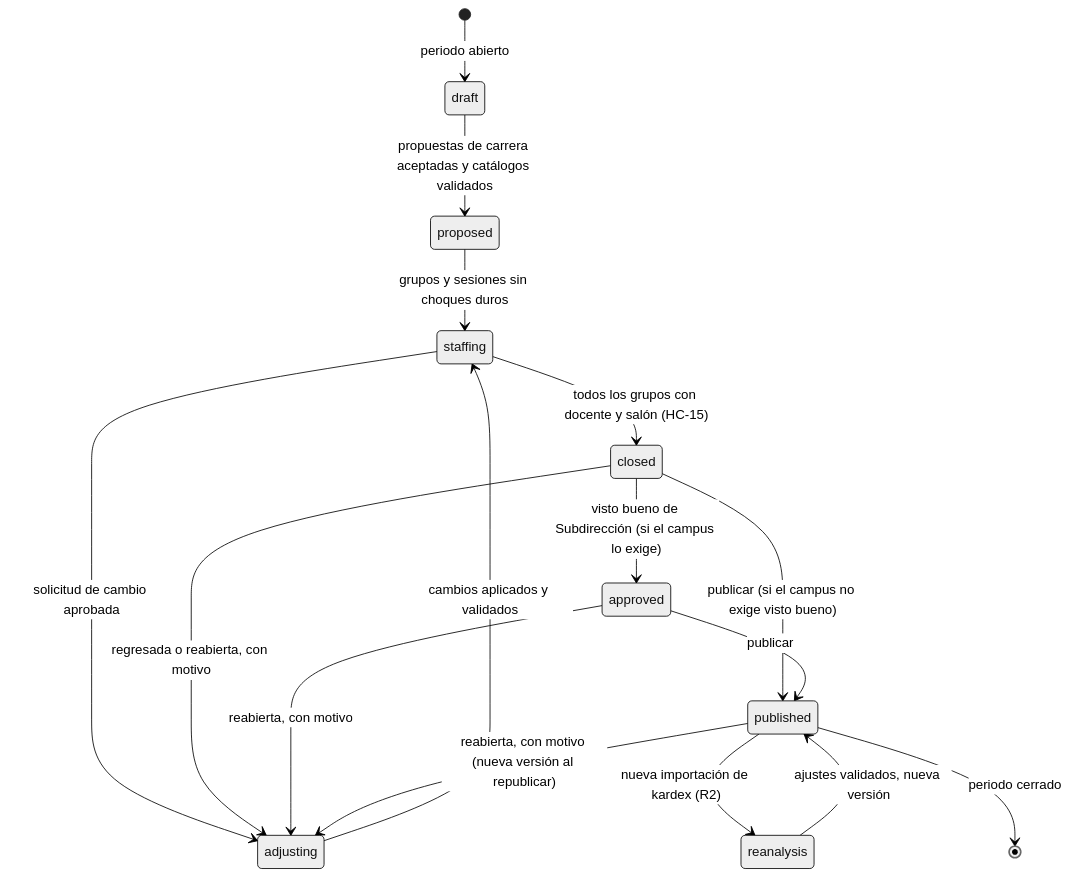
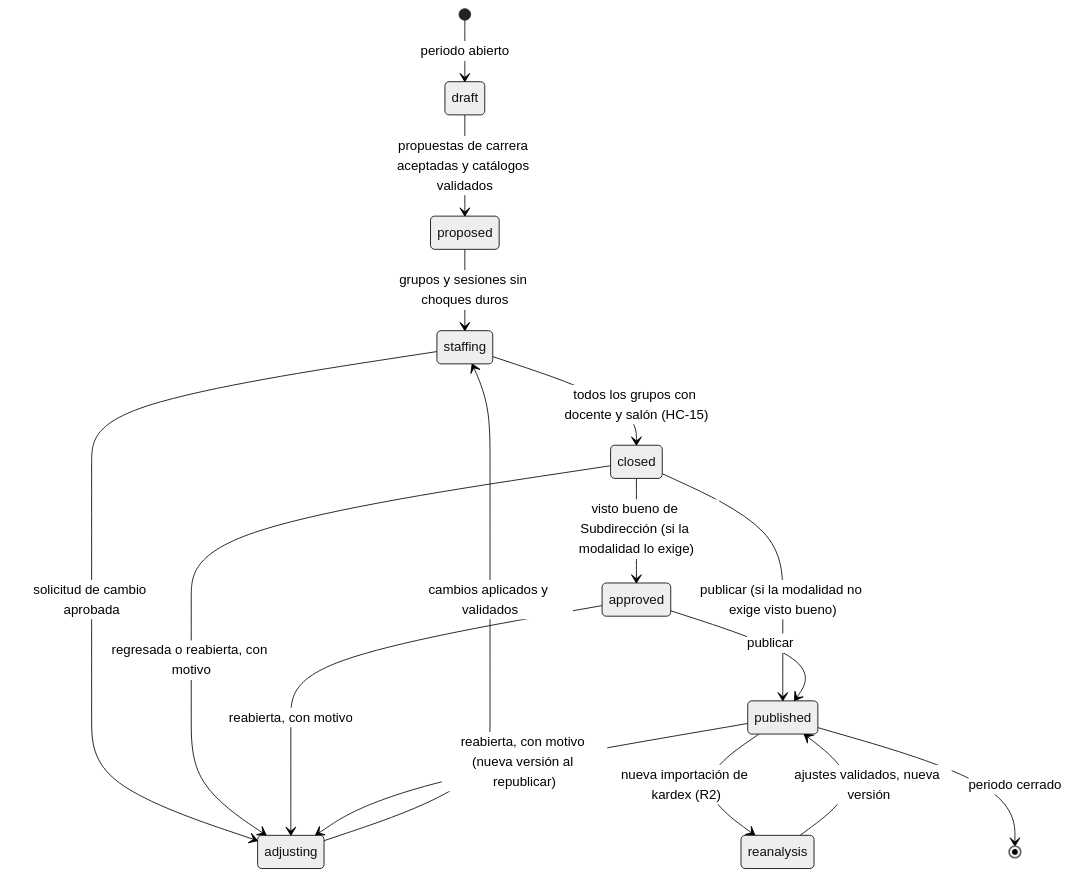
The second of 4 diagrams in docs/proceso/proceso-propuesto.md (Erne1357/nexus), drawn with Mermaid (neutral theme) before and after one commit. The commit also changed other lines of this file and 12 other files, not shown here.

````diff
--- a/docs/proceso/proceso-propuesto.md
+++ b/docs/proceso/proceso-propuesto.md
@@ -104,18 +104,18 @@
 ```mermaid
 stateDiagram-v2
     [*] --> draft : periodo abierto
     draft --> proposed : propuestas de carrera aceptadas y catálogos validados
     proposed --> staffing : grupos y sesiones sin choques duros
     staffing --> adjusting : solicitud de cambio aprobada
     adjusting --> staffing : cambios aplicados y validados
     staffing --> closed : todos los grupos con docente y salón (HC-15)
-    closed --> approved : visto bueno de Subdirección (si el campus lo exige)
-    closed --> published : publicar (si el campus no exige visto bueno)
+    closed --> approved : visto bueno de Subdirección (si la modalidad lo exige)
+    closed --> published : publicar (si la modalidad no exige visto bueno)
     closed --> adjusting : regresada o reabierta, con motivo
     approved --> published : publicar
     approved --> adjusting : reabierta, con motivo
     published --> adjusting : reabierta, con motivo (nueva versión al republicar)
     published --> reanalysis : nueva importación de kardex (R2)
     reanalysis --> published : ajustes validados, nueva versión
     published --> [*] : periodo cerrado
 ```
````
